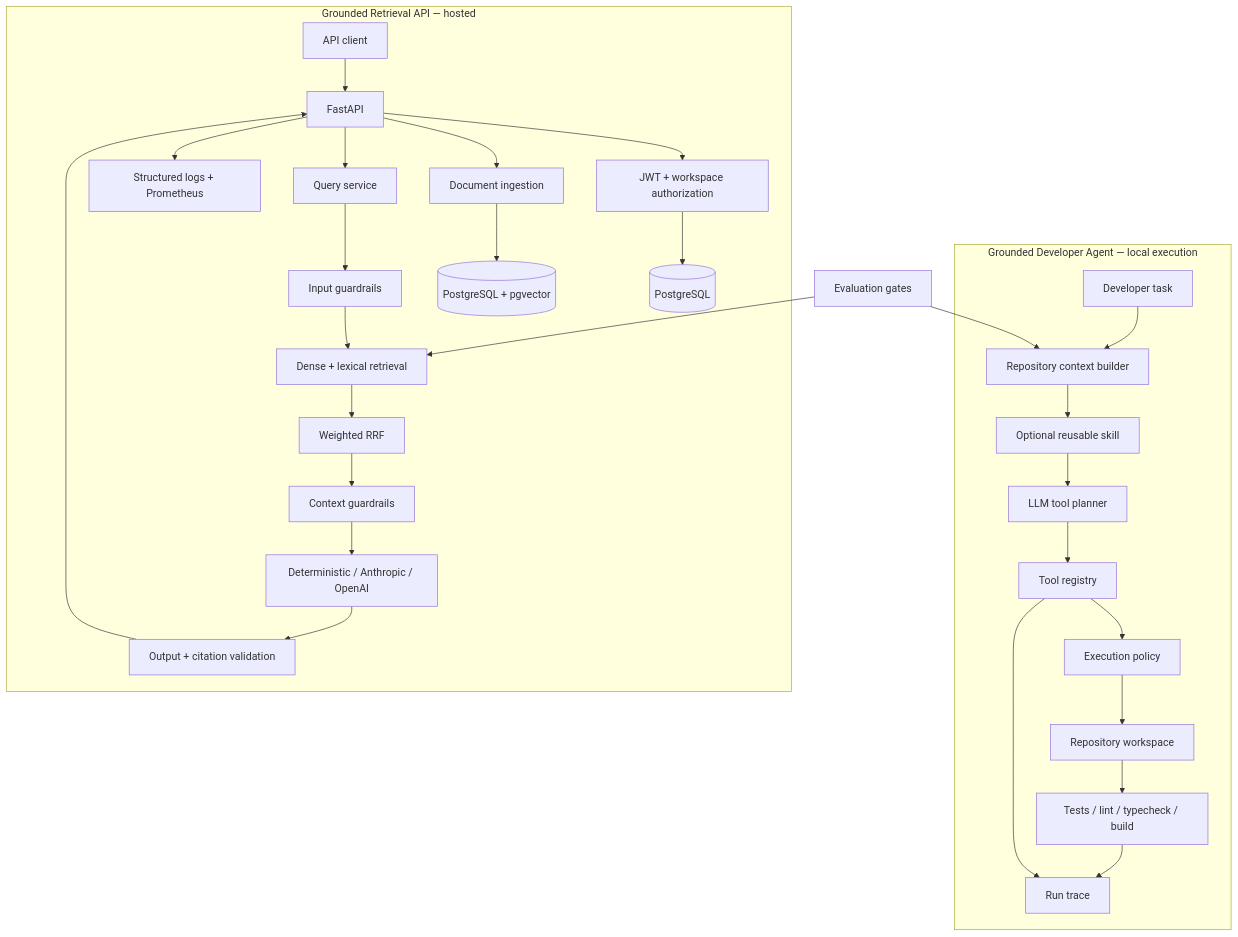
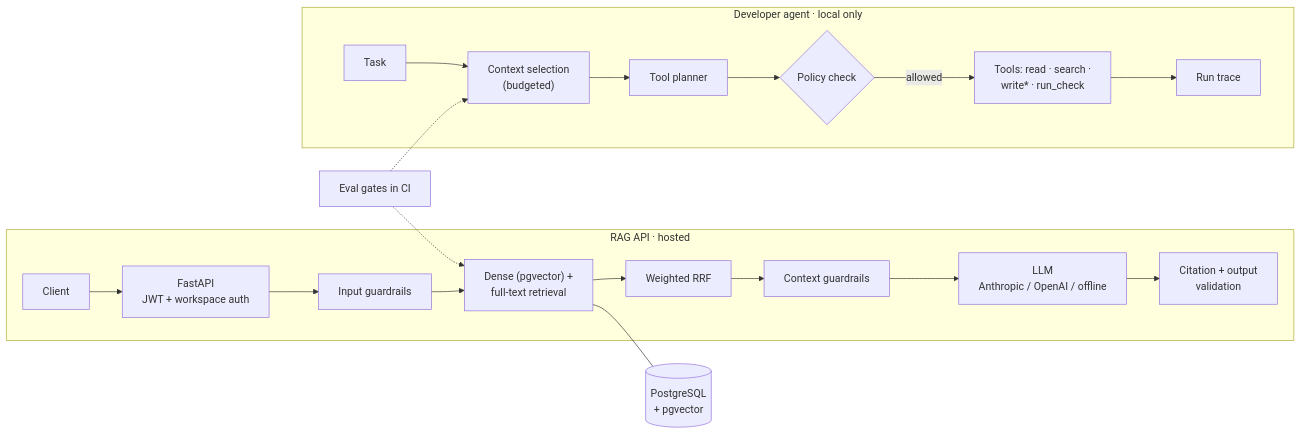
One commit to FarnazNK/grounded-agent-platform changed the diagram in README.md. Above: the diagram before and after it, drawn with Mermaid. The commit also changed other lines of this file and 2 other files, not shown here.

First line of the commit message:
Rewrite README for recruiters; make the larger HR eval sets runnable

````diff
--- a/README.md
+++ b/README.md
@@ -118,34 +61,25 @@
 ```mermaid
-flowchart TB
-    subgraph DeveloperAgent["Grounded Developer Agent — local execution"]
-        task["Developer task"] --> context["Repository context builder"]
-        context --> skill["Optional reusable skill"]
-        skill --> planner["LLM tool planner"]
-        planner --> registry["Tool registry"]
-        registry --> policy["Execution policy"]
-        policy --> repo["Repository workspace"]
-        repo --> verify["Tests / lint / typecheck / build"]
-        registry --> trace["Run trace"]
-        verify --> trace
+flowchart LR
+    subgraph RAG["RAG API · hosted"]
+        C["Client"] --> A["FastAPI<br/>JWT + workspace auth"]
+        A --> GI["Input guardrails"]
+        GI --> R["Dense (pgvector) +<br/>full-text retrieval"]
+        R --> F["Weighted RRF"]
+        F --> GC["Context guardrails"]
+        GC --> L["LLM<br/>Anthropic / OpenAI / offline"]
+        L --> GO["Citation + output<br/>validation"]
+    end
+    DB[("PostgreSQL<br/>+ pgvector")]
+    R --- DB
+
+    subgraph DEV["Developer agent · local only"]
+        T["Task"] --> CX["Context selection<br/>(budgeted)"]
+        CX --> P["Tool planner"]
+        P --> PO{"Policy check"}
+        PO -->|allowed| TO["Tools: read · search ·<br/>write* · run_check"]
+        TO --> TR["Run trace"]
     end
 
-    subgraph RAG["Grounded Retrieval API — hosted"]
-        client["API client"] --> api["FastAPI"]
-        api --> auth["JWT + workspace authorization"]
-        auth --> postgres[("PostgreSQL")]
-        api --> ingest["Document ingestion"]
-        ingest --> vector[("PostgreSQL + pgvector")]
-        api --> query["Query service"]
-        query --> guardIn["Input guardrails"]
-        guardIn --> retrieval["Dense + lexical retrieval"]
-        retrieval --> fusion["Weighted RRF"]
-        fusion --> guardContext["Context guardrails"]
-        guardContext --> llm["Deterministic / Anthropic / OpenAI"]
-        llm --> guardOut["Output + citation validation"]
-        guardOut --> api
-        api --> metrics["Structured logs + Prometheus"]
-    end
-
-    evals["Evaluation gates"] --> context
-    evals --> retrieval
+    E["Eval gates in CI"] -.-> R
+    E -.-> CX
 ```
````
